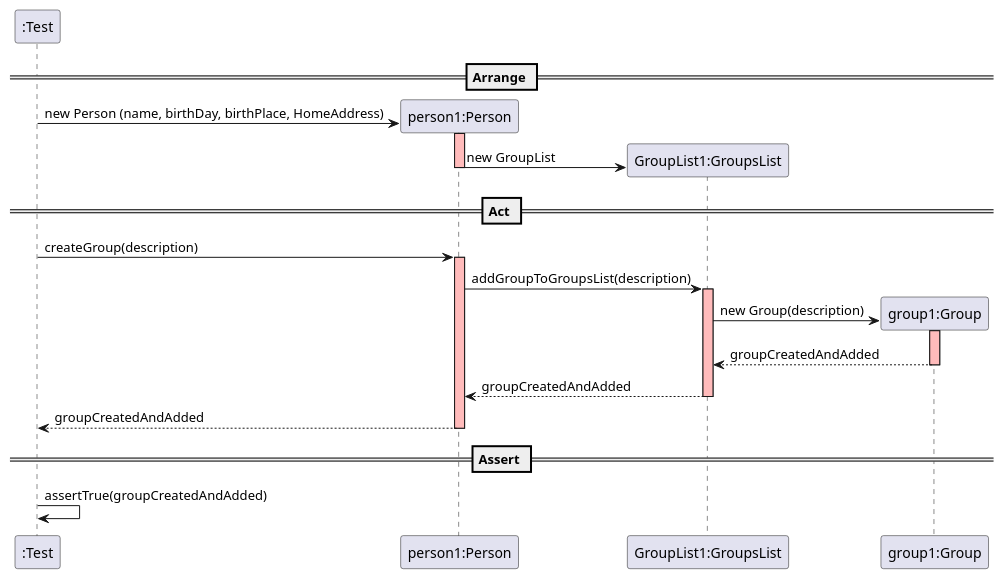
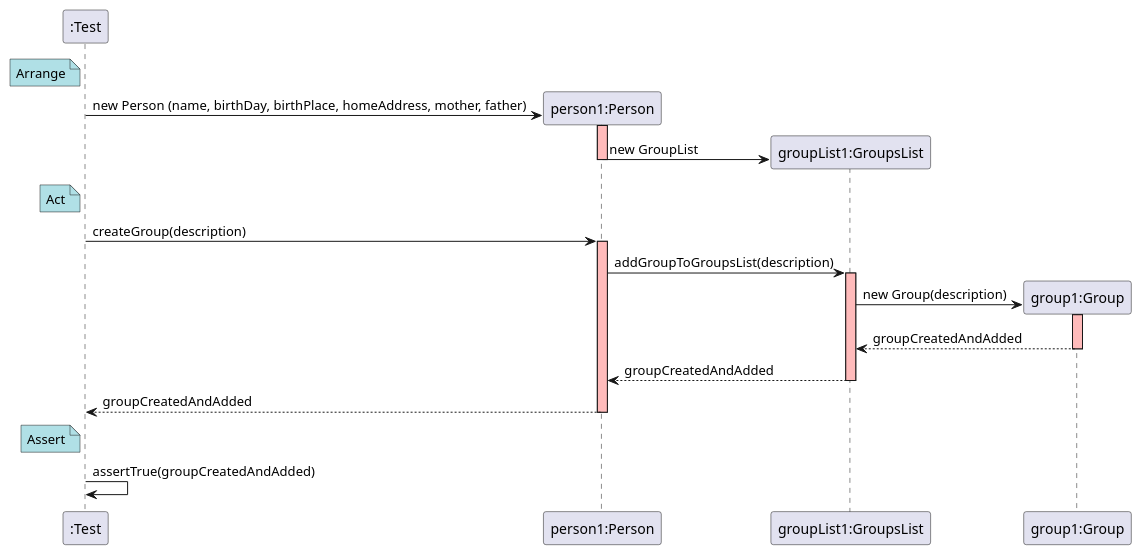
The diagram in docs/SequenceDiagram - US002.puml (mleitaoribeiro/DevOpsMaven), drawn with PlantUML before and after one commit. The commit also changed 2 other files, not shown here.

```diff
--- a/docs/SequenceDiagram - US002.puml
+++ b/docs/SequenceDiagram - US002.puml
@@ -1,88 +1,46 @@
 @startuml
 
 create ":Test"
 
-== Arrange ==
+note left of ":Test" #powderblue
+	Arrange
+end note
 
 create "person1:Person"
-":Test" -> "person1:Person" : new Person (name, birthDay, birthPlace, HomeAddress)
+":Test" -> "person1:Person" : new Person (name, birthDay, birthPlace, homeAddress, mother, father)
 activate "person1:Person" #FFBBBB
 
-create "GroupList1:GroupsList"
-"person1:Person" -> "GroupList1:GroupsList" : new GroupList
+create "groupList1:GroupsList"
+"person1:Person" -> "groupList1:GroupsList" : new GroupList
 deactivate "person1:Person" #FFBBBB
 
-== Act ==
-
+note left of ":Test" #powderblue
+	Act
+end note
 
 ":Test" -> "person1:Person" : createGroup(description)
 activate "person1:Person" #FFBBBB
 
-"person1:Person" -> "GroupList1:GroupsList" : addGroupToGroupsList(description)
-activate "GroupList1:GroupsList" #FFBBBB
+"person1:Person" -> "groupList1:GroupsList" : addGroupToGroupsList(description)
+activate "groupList1:GroupsList" #FFBBBB
 
 create "group1:Group"
-"GroupList1:GroupsList" -> "group1:Group" : new Group(description)
+"groupList1:GroupsList" -> "group1:Group" : new Group(description)
 activate "group1:Group" #FFBBBB
 
-
-
-
-
-
-
-
-
-
-
-
-
-
-
-
-
-
-
-
-
-
-
-
-
-
-
-
-
-
-
-
-
-
-
-
-
-
-
-
-
-
-
-
-
-
-
-
-"group1:Group" --> "GroupList1:GroupsList" : groupCreatedAndAdded
+"group1:Group" --> "groupList1:GroupsList" : groupCreatedAndAdded
 deactivate "group1:Group" #FFBBBB
 
-"GroupList1:GroupsList" --> "person1:Person" : groupCreatedAndAdded
-deactivate "GroupList1:GroupsList" #FFBBBB
+"groupList1:GroupsList" --> "person1:Person" : groupCreatedAndAdded
+deactivate "groupList1:GroupsList" #FFBBBB
 
 "person1:Person" --> ":Test" : groupCreatedAndAdded
 deactivate  "person1:Person" #FFBBBB
 
-== Assert ==
+note left of ":Test" #powderblue
+	Assert
+end note
 
 ":Test" -> ":Test" : assertTrue(groupCreatedAndAdded)
 
 @enduml
```
